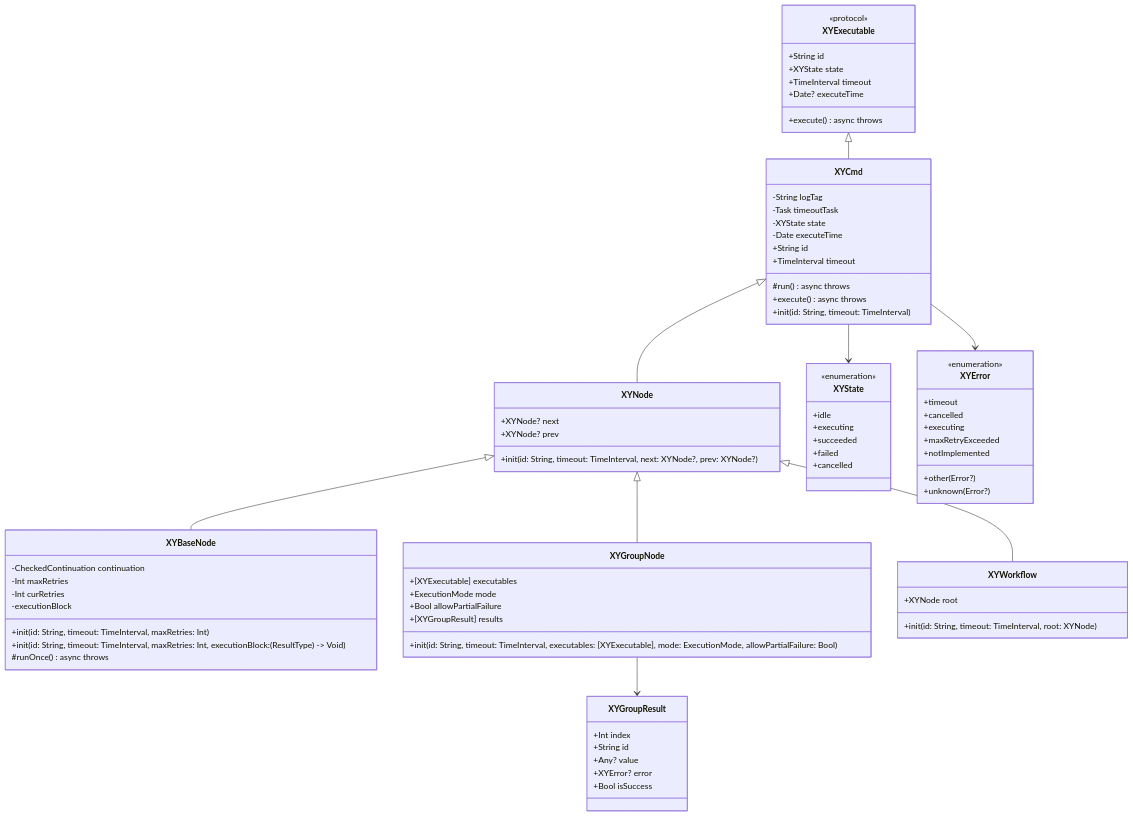
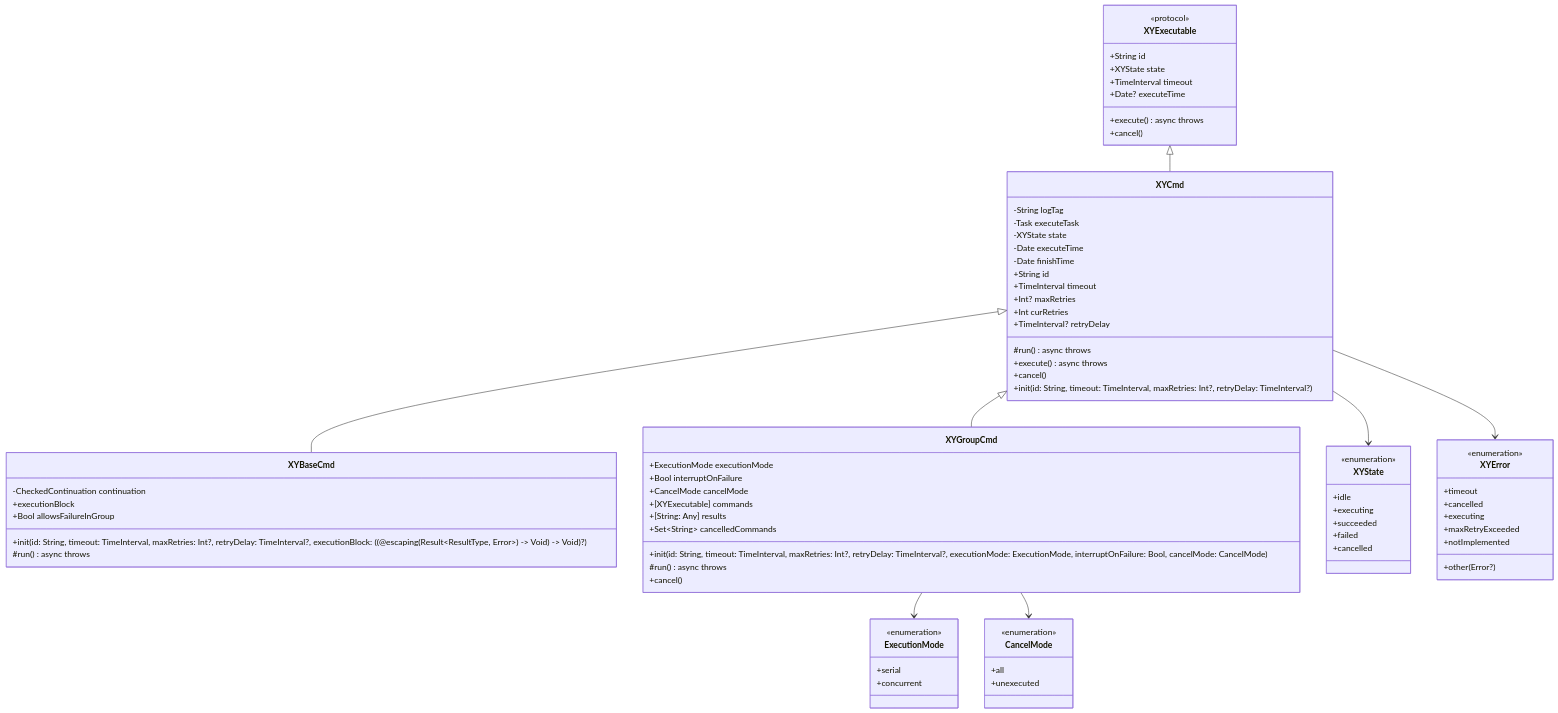
Before and after one commit to huangsf89757/XYLib: the diagram in Tool/XYWorkflow/README.md, drawn with Mermaid. The commit also changed other lines of this file, not shown here.

Commit message:
feat@XYWorkflow#1.0.0 README

````diff
--- a/Tool/XYWorkflow/README.md
+++ b/Tool/XYWorkflow/README.md
@@ -43,47 +100,56 @@
         +TimeInterval timeout
         +Date? executeTime
         +execute() async throws
+        +cancel()
     }
     
     class XYCmd {
         -String logTag
-        -Task timeoutTask
+        -Task executeTask
         -XYState state
         -Date executeTime
+        -Date finishTime
         +String id
         +TimeInterval timeout
+        +Int? maxRetries
+        +Int curRetries
+        +TimeInterval? retryDelay
         #run() async throws
         +execute() async throws
-        +init(id: String, timeout: TimeInterval)
+        +cancel()
+        +init(id: String, timeout: TimeInterval, maxRetries: Int?, retryDelay: TimeInterval?)
     }
     
-    class XYNode {
-        +XYNode? next
-        +XYNode? prev
-        +init(id: String, timeout: TimeInterval, next: XYNode?, prev: XYNode?)
+    class XYBaseCmd {
+        -CheckedContinuation continuation
+        +executionBlock
+        +Bool allowsFailureInGroup
+        +init(id: String, timeout: TimeInterval, maxRetries: Int?, retryDelay: TimeInterval?, executionBlock: ((@escaping (Result~ResultType, Error~) -> Void) -> Void)?)
+        #run() async throws
     }
     
-    class XYBaseNode {
-        -CheckedContinuation continuation
-        -Int maxRetries
-        -Int curRetries
-        -executionBlock
-        +init(id: String, timeout: TimeInterval, maxRetries: Int)
-        +init(id: String, timeout: TimeInterval, maxRetries: Int, executionBlock: (ResultType) -> Void)
-        #runOnce() async throws
+    class XYGroupCmd {
+        +ExecutionMode executionMode
+        +Bool interruptOnFailure
+        +CancelMode cancelMode
+        +[XYExecutable] commands
+        +[String: Any] results
+        +Set~String~ cancelledCommands
+        +init(id: String, timeout: TimeInterval, maxRetries: Int?, retryDelay: TimeInterval?, executionMode: ExecutionMode, interruptOnFailure: Bool, cancelMode: CancelMode)
+        #run() async throws
+        +cancel()
     }
     
-    class XYGroupNode {
-        +[XYExecutable] executables
-        +ExecutionMode mode
-        +Bool allowPartialFailure
-        +[XYGroupResult] results
-        +init(id: String, timeout: TimeInterval, executables: [XYExecutable], mode: ExecutionMode, allowPartialFailure: Bool)
+    class ExecutionMode {
+        <<enumeration>>
+        +serial
+        +concurrent
     }
     
-    class XYWorkflow {
-        +XYNode root
-        +init(id: String, timeout: TimeInterval, root: XYNode)
+    class CancelMode {
+        <<enumeration>>
+        +all
+        +unexecuted
     }
     
     class XYState {
@@ -103,24 +169,14 @@
         +maxRetryExceeded
         +notImplemented
         +other(Error?)
-        +unknown(Error?)
-    }
-    
-    class XYGroupResult {
-        +Int index
-        +String id
-        +Any? value
-        +XYError? error
-        +Bool isSuccess
     }
     
     XYExecutable <|-- XYCmd
-    XYCmd <|-- XYNode
-    XYNode <|-- XYBaseNode
-    XYNode <|-- XYGroupNode
-    XYNode <|-- XYWorkflow
+    XYCmd <|-- XYBaseCmd
+    XYCmd <|-- XYGroupCmd
     XYCmd --> XYState
     XYCmd --> XYError
-    XYGroupNode --> XYGroupResult
+    XYGroupCmd --> ExecutionMode
+    XYGroupCmd --> CancelMode
     
 ```
````
